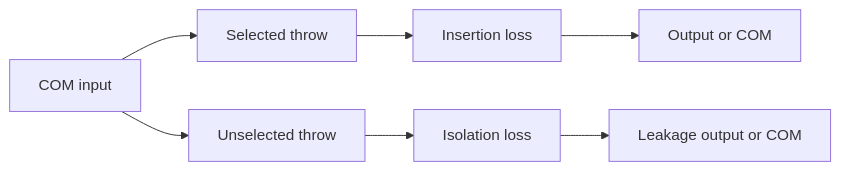
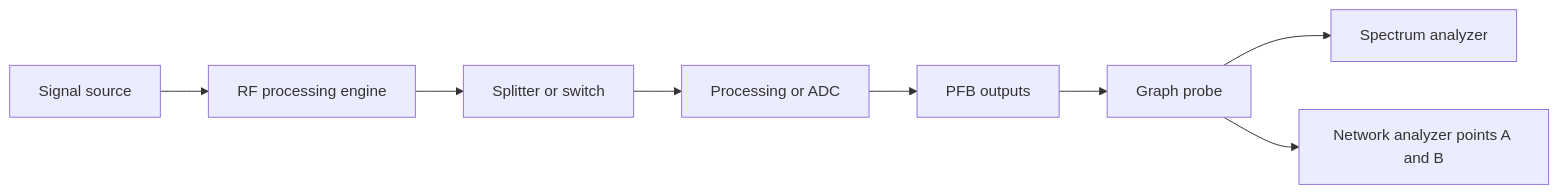
One commit to striderZA/Tiny-RF-Simulator changed the diagram in openwiki/domains/rf-components.md. Above: the diagram before and after it, drawn with Mermaid. The commit also changed other lines of this file and 24 other files, not shown here.

````diff
--- a/openwiki/domains/rf-components.md
+++ b/openwiki/domains/rf-components.md
@@ -239,9 +55,10 @@
 ```mermaid
 flowchart LR
-    IN["COM input"] --> SEL["Selected throw"]
-    IN --> LEAK["Unselected throw"]
-    SEL --> IL["Insertion loss"]
-    LEAK --> ISO["Isolation loss"]
-    IL --> OUT1["Output or COM"]
-    ISO --> OUT2["Leakage output or COM"]
+    SRC["Signal source"] --> DSP["RF processing engine"]
+    DSP --> TOPO["Splitter or switch"]
+    TOPO --> MORE["Processing or ADC"]
+    MORE --> PFB["PFB outputs"]
+    PFB --> PROBE["Graph probe"]
+    PROBE --> SA["Spectrum analyzer"]
+    PROBE --> NA["Network analyzer points A and B"]
 ```
````
